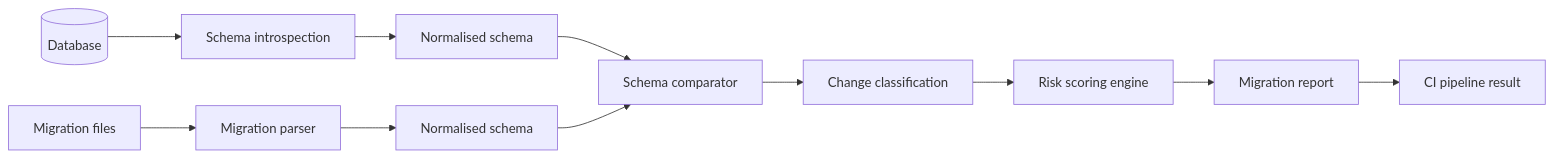
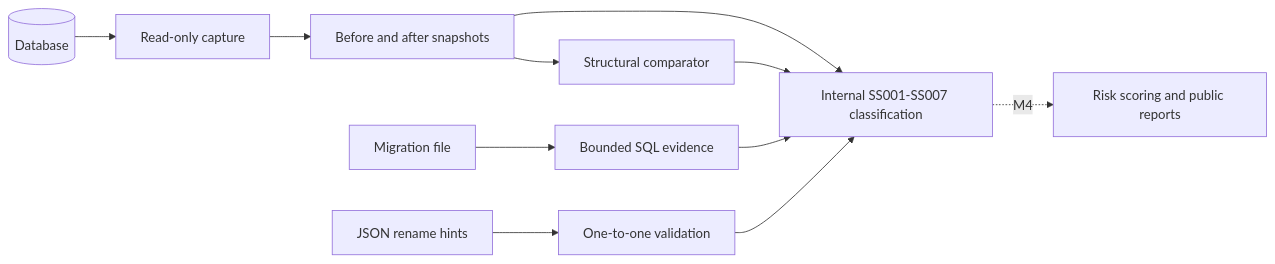
One commit to Shellghostt/SchemaSentry changed the diagram in README.md. Above: the diagram before and after it, drawn with Mermaid. The commit also changed other lines of this file and 6 other files, not shown here.

Commit message:
docs(m3): record classification validation and local completion

````diff
--- a/README.md
+++ b/README.md
@@ -39,13 +42,13 @@
 ```mermaid
 flowchart LR
-    DB[(Database)] --> INTRO[Schema introspection]
-    MIG[Migration files] --> PARSE[Migration parser]
-    INTRO --> NORM[Normalised schema]
-    PARSE --> NORM2[Normalised schema]
-    NORM --> CMP[Schema comparator]
-    NORM2 --> CMP
-    CMP --> CLASS[Change classification]
-    CLASS --> RISK[Risk scoring engine]
-    RISK --> REP[Migration report]
-    REP --> CI[CI pipeline result]
+    DB[(Database)] --> INTRO[Read-only capture]
+    INTRO --> SNAP[Before and after snapshots]
+    SNAP --> CMP[Structural comparator]
+    SNAP --> CLASS[Internal SS001-SS007 classification]
+    CMP --> CLASS
+    MIG[Migration file] --> PARSE[Bounded SQL evidence]
+    PARSE --> CLASS
+    HINT[JSON rename hints] --> VALIDATE[One-to-one validation]
+    VALIDATE --> CLASS
+    CLASS -. M4 .-> RISK[Risk scoring and public reports]
 ```
````
